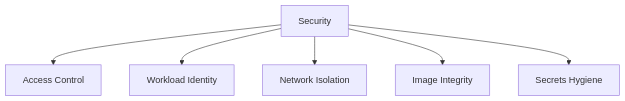
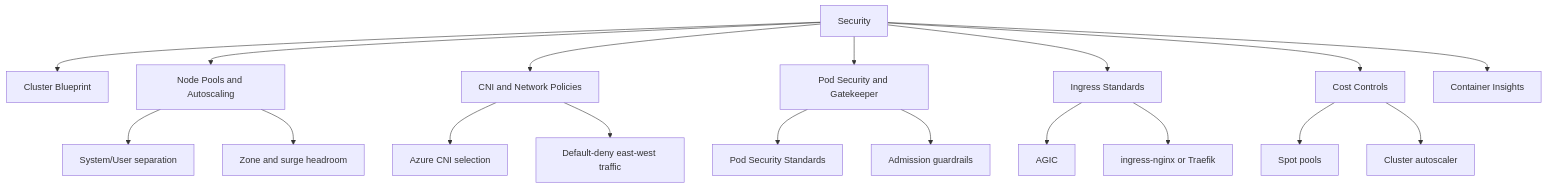
One commit to yeongseon/azure-kubernetes-service-practical-guide changed the diagram in docs/best-practices/security.md. Above: the diagram before and after it, drawn with Mermaid. The commit also changed other lines of this file and 20 other files, not shown here.

````diff
--- a/docs/best-practices/security.md
+++ b/docs/best-practices/security.md
@@ -7,8 +7,20 @@
 ```mermaid
-graph TD
-    A[Security] --> B[Access Control]
-    A --> C[Workload Identity]
-    A --> D[Network Isolation]
-    A --> E[Image Integrity]
-    A --> F[Secrets Hygiene]
+flowchart TD
+    A[Security] --> B[Cluster Blueprint]
+    A --> C[Node Pools and Autoscaling]
+    A --> D[CNI and Network Policies]
+    A --> E[Pod Security and Gatekeeper]
+    A --> F[Ingress Standards]
+    A --> G[Cost Controls]
+    A --> H[Container Insights]
+    C --> C1[System/User separation]
+    C --> C2[Zone and surge headroom]
+    D --> D1[Azure CNI selection]
+    D --> D2[Default-deny east-west traffic]
+    E --> E1[Pod Security Standards]
+    E --> E2[Admission guardrails]
+    F --> F1[AGIC]
+    F --> F2[ingress-nginx or Traefik]
+    G --> G1[Spot pools]
+    G --> G2[Cluster autoscaler]
 ```
````
